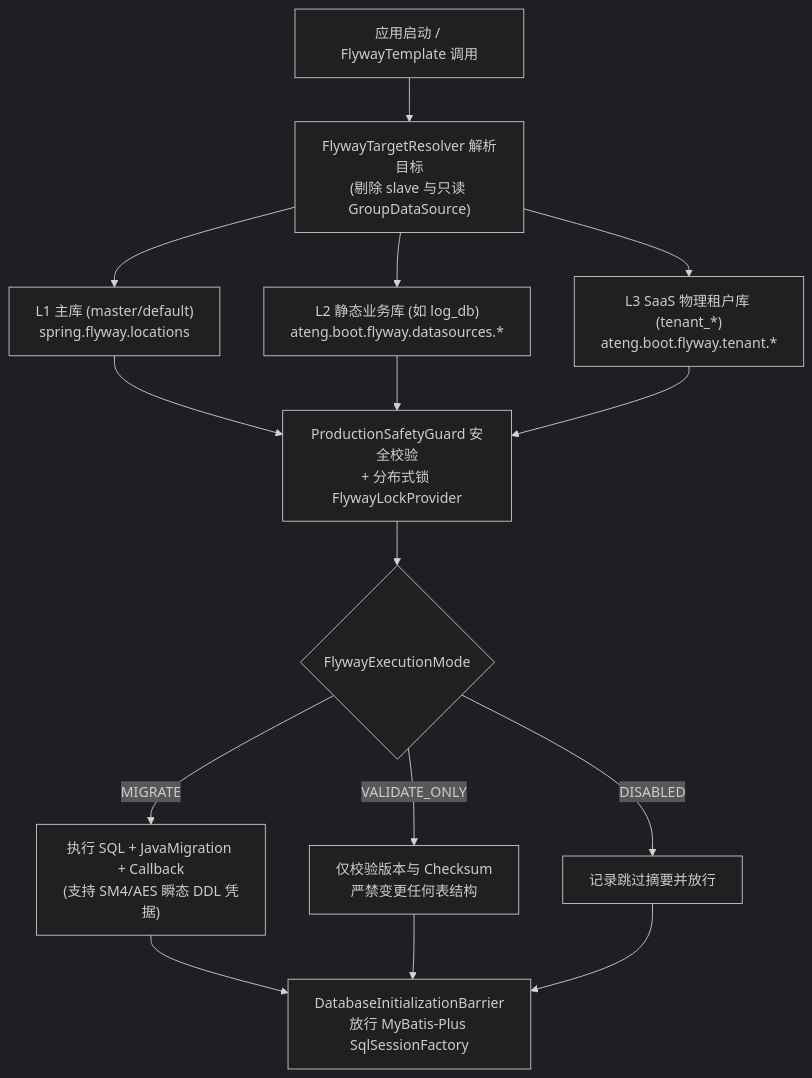
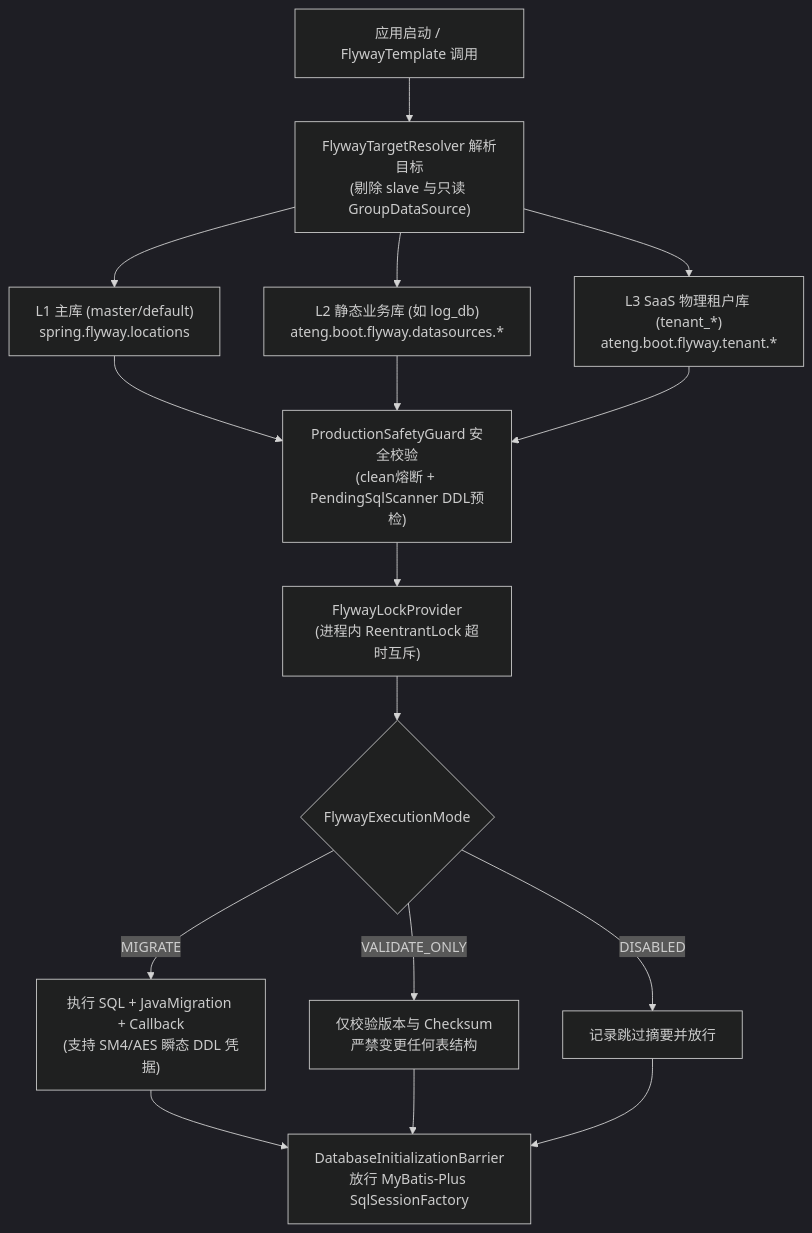
One commit to atengk/ateng-boot changed the first of 3 diagrams in ateng-boot-flyway/README.md. Above: the diagram before and after it, drawn with Mermaid (dark theme). The commit also changed other lines of this file and 13 other files, not shown here.

````diff
--- a/ateng-boot-flyway/README.md
+++ b/ateng-boot-flyway/README.md
@@ -39,13 +39,14 @@
 ```mermaid
 flowchart TD
     Boot["应用启动 / FlywayTemplate 调用"] --> Resolver["FlywayTargetResolver 解析目标<br/>(剔除 slave 与只读 GroupDataSource)"]
     Resolver --> L1["L1 主库 (master/default)<br/>spring.flyway.locations"]
     Resolver --> L2["L2 静态业务库 (如 log_db)<br/>ateng.boot.flyway.datasources.*"]
     Resolver --> L3["L3 SaaS 物理租户库 (tenant_*)<br/>ateng.boot.flyway.tenant.*"]
-    L1 & L2 & L3 --> Guard["ProductionSafetyGuard 安全校验<br/>+ 分布式锁 FlywayLockProvider"]
-    Guard --> Mode{"FlywayExecutionMode"}
+    L1 & L2 & L3 --> Guard["ProductionSafetyGuard 安全校验<br/>(clean熔断 + PendingSqlScanner DDL预检)"]
+    Guard --> Lock["FlywayLockProvider<br/>(进程内 ReentrantLock 超时互斥)"]
+    Lock --> Mode{"FlywayExecutionMode"}
     Mode -->|MIGRATE| Exec["执行 SQL + JavaMigration + Callback<br/>(支持 SM4/AES 瞬态 DDL 凭据)"]
     Mode -->|VALIDATE_ONLY| Val["仅校验版本与 Checksum<br/>严禁变更任何表结构"]
     Mode -->|DISABLED| Skip["记录跳过摘要并放行"]
     Exec & Val & Skip --> Barrier["DatabaseInitializationBarrier<br/>放行 MyBatis-Plus SqlSessionFactory"]
 ```
````
